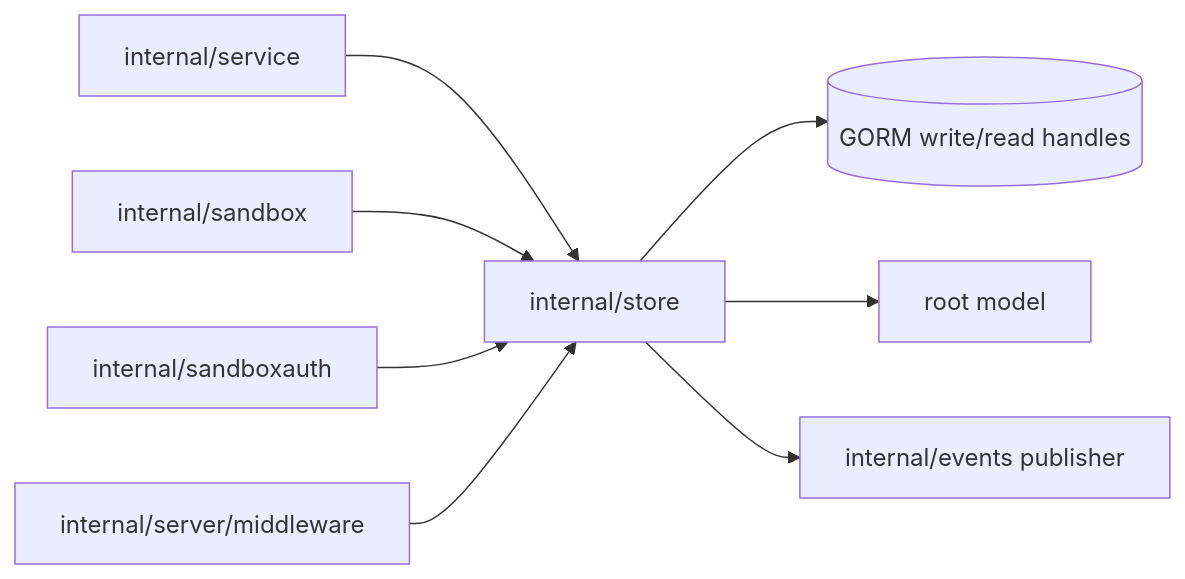
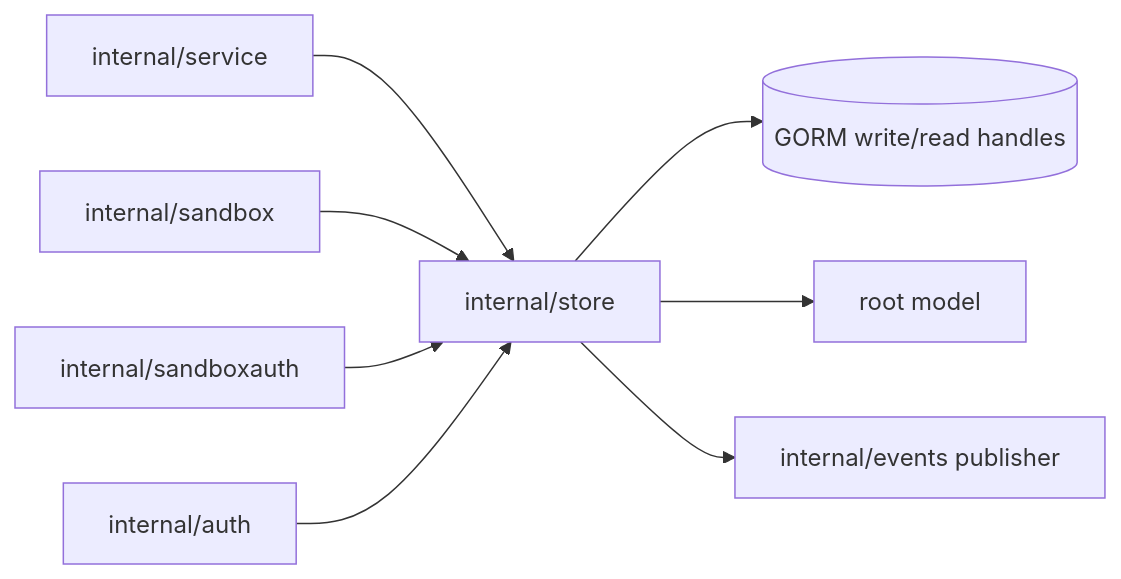
One commit to discobox-ai/discobox changed the first of 2 diagrams in server/internal/store/DESIGN.md. Above: the diagram before and after it, drawn with Mermaid. The commit also changed 163 other files, not shown here.

````diff
--- a/server/internal/store/DESIGN.md
+++ b/server/internal/store/DESIGN.md
@@ -9,10 +9,10 @@
 ```mermaid
 flowchart LR
     service[internal/service] --> store[internal/store]
     reconcilers[internal/sandbox] --> store
     auth[internal/sandboxauth] --> store
-    middleware[internal/server/middleware] --> store
+    authn[internal/auth] --> store
     store --> db[(GORM write/read handles)]
     store --> model[root model]
     store --> events[internal/events publisher]
 ```
````
